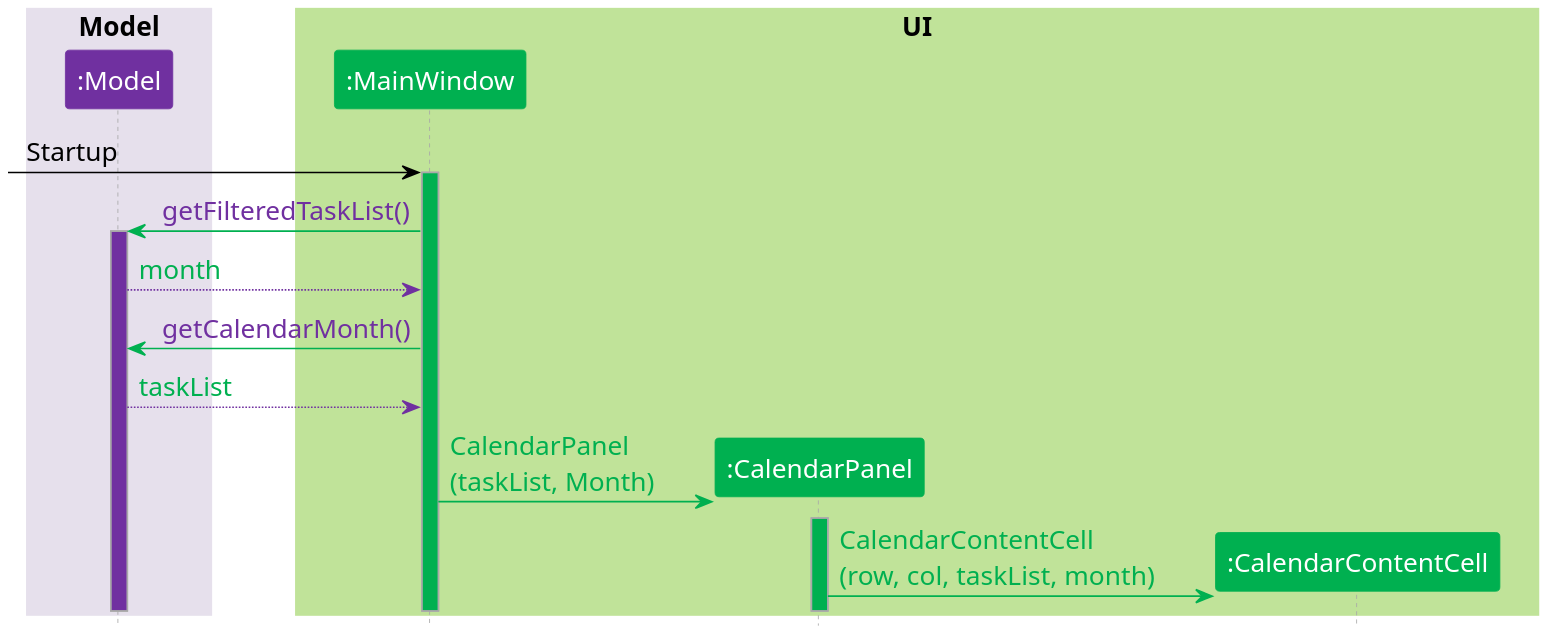
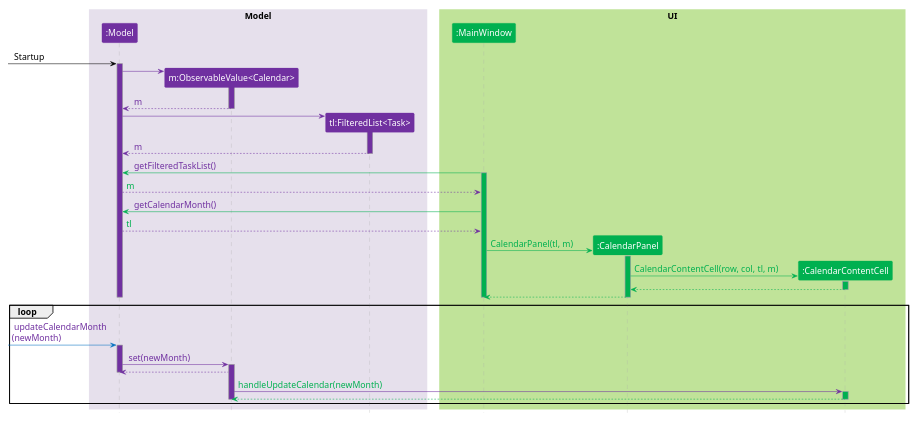
The diagram in docs/plantuml/CalendarRenderSequenceDiagram.puml (CS2103-AY1819S1-T09-1/main), drawn with PlantUML before and after one commit. The commit also changed 2 other files, not shown here.

Commit message:
Add calendar sequence diagram

```diff
--- a/docs/plantuml/CalendarRenderSequenceDiagram.puml
+++ b/docs/plantuml/CalendarRenderSequenceDiagram.puml
@@ -1,68 +1,99 @@
 @startuml CalendarRenderSequence
 
 scale 2
+scale 500 height
+
 skinparam defaultFontName Calibri
 skinparam defaultFontSize 16
 skinparam BoxPadding 10
 skinparam ParticipantPadding 20
 skinparam shadowing false
 hide stereotype
 
 skinparam sequence {
     BoxBorderColor transparent
     BoxFontSize 20
 
+    ParticipantBorderColor<<main>> #C00000
+    ParticipantBackgroundColor<<main>> #C00000
+
     ParticipantBorderColor<<ui>> #00B050
     ParticipantBackgroundColor<<ui>> #00B050
 
     ParticipantBorderColor<<logic>> #0070C0
     ParticipantBackgroundColor<<logic>> #0070C0
 
     ParticipantBorderColor<<model>> #7030A0
     ParticipantBackgroundColor<<model>> #7030A0
+
+    groupBodyBackgroundColor transparent
 
     LifeLineBorderColor DarkGrey
     LifeLineBackgroundColor #00B050
     ParticipantFontColor #FFFFFF
 
     ArrowColor #00B050
     ArrowBorderColor #00B050
     ArrowFontColor #00B050
 }
 
 box "Model" #E6E0EC
     participant model as ":Model" <<model>>
+    participant month as "m:ObservableValue<Calendar>" <<model>>
+    participant taskList as "tl:FilteredList<Task>" <<model>>
 end box
-' box "Logic" #DCE6F2
-'     participant logicManager as ":LogicManager" <<logic>>
-'     participant appParser as ":AppParser" <<logic>>
-'     participant calendarParser as ":CalendarParser" <<logic>>
-'     participant showCommandParser as ":ShowCommandParser" <<logic>>
-'     participant showCommand as "s:ShowCommand" <<logic>>
-'     participant result as "result:Command Result" <<logic>>
-' end box
 box "UI" #C0E399
     participant mainWindow as ":MainWindow" <<ui>>
     participant calendarPanel as ":CalendarPanel" <<ui>>
     participant calendarContentCell as ":CalendarContentCell" <<ui>>
 end box
 
 ' autoactivate on
 hide footbox
+[-[#000000]>model: <color:#000000> Startup
+activate model #7030A0
+create month
+model -[#7030A0]> month
+activate month #7030A0
+month --[#7030A0]>model: <color:#7030A0> m
+deactivate month
+create taskList
+model -[#7030A0]> taskList
+activate taskList #7030A0
+taskList --[#7030A0]>model: <color:#7030A0> m
+deactivate taskList
 
-[-[#000000]>mainWindow: <color:#000000> Startup
+mainWindow -> model: <color:#7030A0> getFilteredTaskList()
 activate mainWindow
-mainWindow -> model: <color:#7030A0> getFilteredTaskList()
-activate model #7030A0
-model --[#7030A0]> mainWindow: month
+model --[#7030A0]> mainWindow: m
 mainWindow -> model: <color:#7030A0> getCalendarMonth()
-model --[#7030A0]> mainWindow: taskList
+model --[#7030A0]> mainWindow: tl
 create calendarPanel
-mainWindow -> calendarPanel: CalendarPanel\n(taskList, Month)
+mainWindow -> calendarPanel: CalendarPanel(tl, m)
 activate calendarPanel
 create calendarContentCell
-calendarPanel -> calendarContentCell : CalendarContentCell\n(row, col, taskList, month)
+calendarPanel -> calendarContentCell : CalendarContentCell(row, col, tl, m)
+activate calendarContentCell
+calendarContentCell --> calendarPanel
+deactivate calendarContentCell
+calendarPanel --> mainWindow
+deactivate calendarPanel
+deactivate mainWindow
+deactivate model
+loop
+[-[#0070C0]>model: <color:#7030A0> updateCalendarMonth\n<color:#7030A0>(newMonth)
+activate model #7030A0
+model -[#7030A0]>month: <color:#7030A0> set(newMonth)
+activate month #7030A0
+month --[#7030A0]> model
+deactivate model
+month -[#7030A0]> calendarContentCell: handleUpdateCalendar(newMonth)
+activate calendarContentCell
+calendarContentCell --> month
+deactivate calendarContentCell
+deactivate month
+end loop
 
 
 
 @enduml
```
